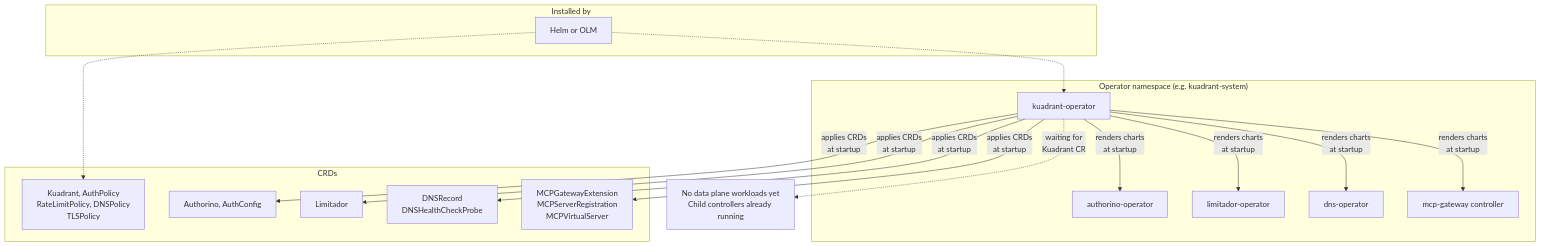
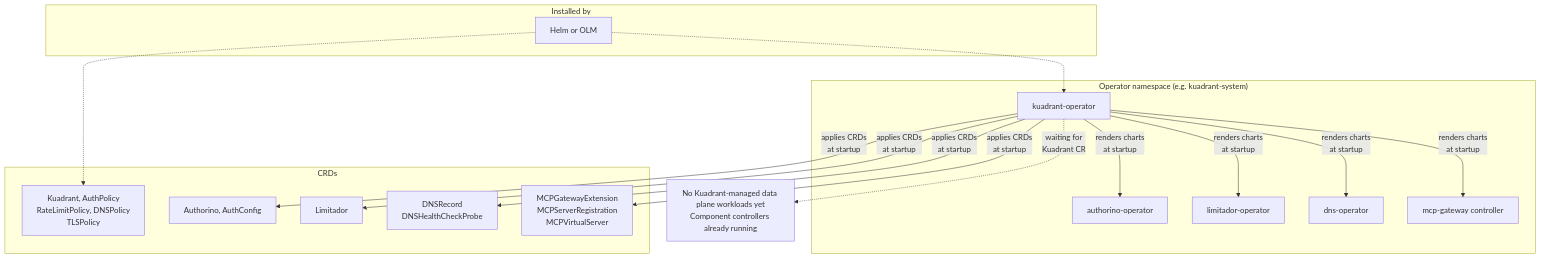
Before and after one commit to Kuadrant/architecture: the third of 6 diagrams in rfcs/0019-olmv1-operator-consolidation/architecture-diagrams.md, drawn with Mermaid. The commit also changed other lines of this file and 1 other file, not shown here.

Commit message:
docs: update RFC 0019 to reflect implemented chart sync tooling

````diff
--- a/rfcs/0019-olmv1-operator-consolidation/architecture-diagrams.md
+++ b/rfcs/0019-olmv1-operator-consolidation/architecture-diagrams.md
@@ -59,33 +60,33 @@
 ```mermaid
 graph TB
     subgraph operator-ns["Operator namespace (e.g. kuadrant-system)"]
         KOP["kuadrant-operator"]
         AO["authorino-operator"]
         LO["limitador-operator"]
         DO["dns-operator"]
         MG["mcp-gateway controller"]
     end
 
     subgraph crds["CRDs"]
         K_CRD["Kuadrant, AuthPolicy<br/>RateLimitPolicy, DNSPolicy<br/>TLSPolicy"]
         A_CRD["Authorino, AuthConfig"]
         L_CRD["Limitador"]
         D_CRD["DNSRecord<br/>DNSHealthCheckProbe"]
         M_CRD["MCPGatewayExtension<br/>MCPServerRegistration<br/>MCPVirtualServer"]
     end
 
     subgraph installed-by["Installed by"]
         INSTALLER["Helm or OLM"] -.-> K_CRD
         INSTALLER -.-> KOP
         KOP -->|"renders charts<br/>at startup"| AO
         KOP -->|"renders charts<br/>at startup"| LO
         KOP -->|"renders charts<br/>at startup"| DO
         KOP -->|"renders charts<br/>at startup"| MG
         KOP -->|"applies CRDs<br/>at startup"| A_CRD
         KOP -->|"applies CRDs<br/>at startup"| L_CRD
         KOP -->|"applies CRDs<br/>at startup"| D_CRD
         KOP -->|"applies CRDs<br/>at startup"| M_CRD
     end
 
-    KOP -.->|"waiting for<br/>Kuadrant CR"| IDLE["No data plane workloads yet<br/>Child controllers already running"]
+    KOP -.->|"waiting for<br/>Kuadrant CR"| IDLE["No Kuadrant-managed data plane workloads yet<br/>Component controllers already running"]
 ```
````
